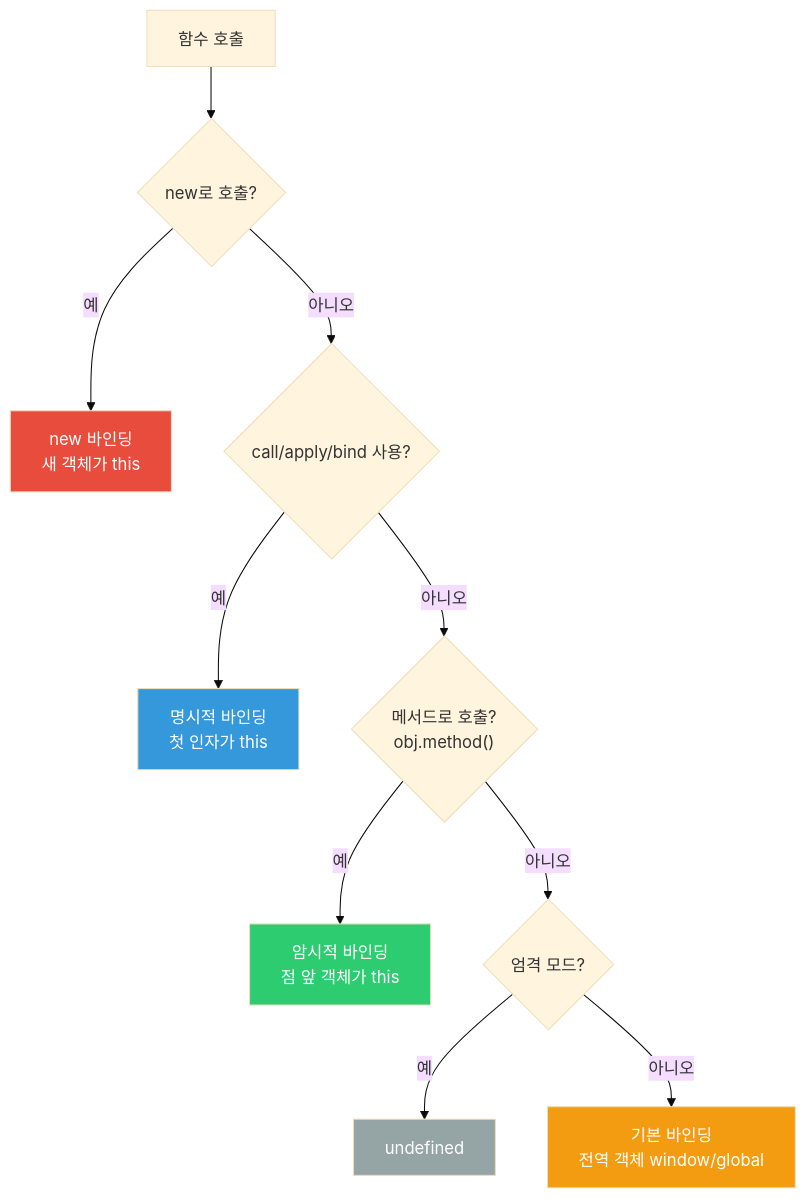
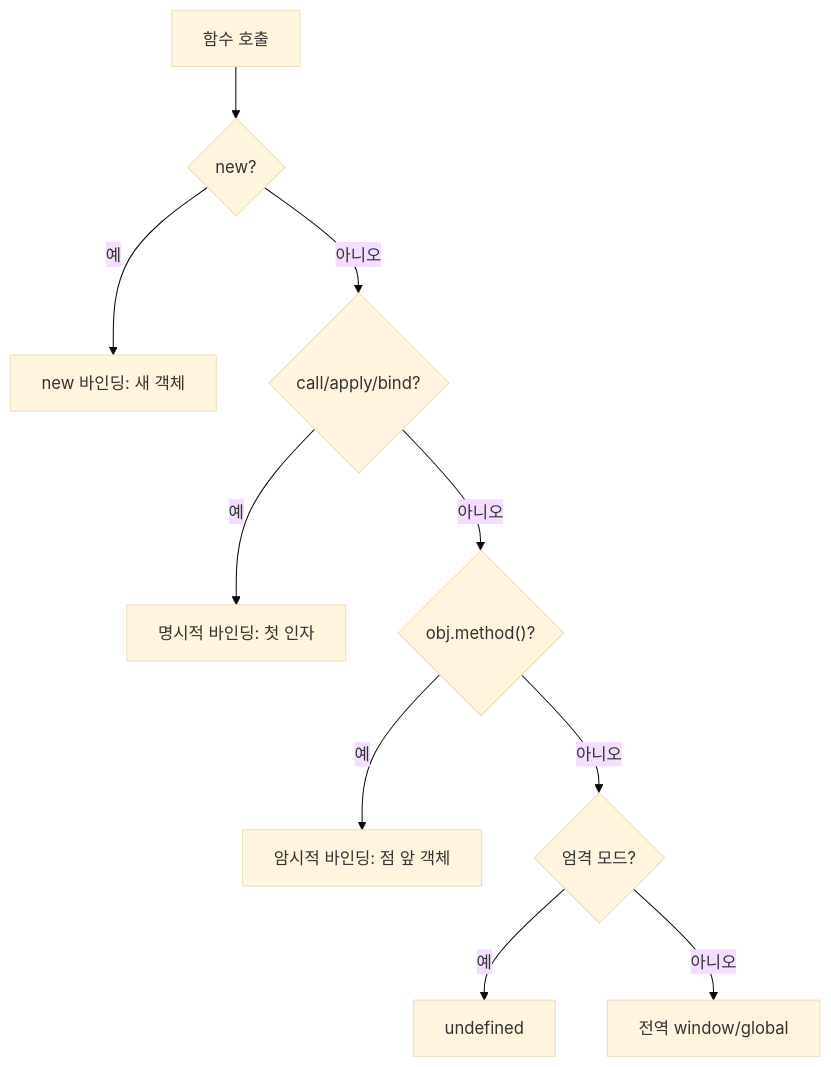
One commit to yjkim2015/yjkim2015.github.io changed the first of 7 diagrams in _posts/frontend/2026-05-02-js-this-binding.md. Above: the diagram before and after it, drawn with Mermaid (base theme). The commit also changed other lines of this file and 215 other files, not shown here.

First line of the commit message:
신규 포스트 10개 추가 + Mermaid 전면 축소 + SystemDesign 시리즈 보강

````diff
--- a/_posts/frontend/2026-05-02-js-this-binding.md
+++ b/_posts/frontend/2026-05-02-js-this-binding.md
@@ -22,18 +22,12 @@
 ```mermaid
 flowchart TD
-    A["함수 호출"] --> B{"new로 호출?"}
-    B -->|"예"| C["new 바인딩<br>새 객체가 this"]
-    B -->|"아니오"| D{"call/apply/bind 사용?"}
-    D -->|"예"| E["명시적 바인딩<br>첫 인자가 this"]
-    D -->|"아니오"| F{"메서드로 호출?<br>obj.method()"}
-    F -->|"예"| G["암시적 바인딩<br>점 앞 객체가 this"]
+    A["함수 호출"] --> B{"new?"}
+    B -->|"예"| C["new 바인딩: 새 객체"]
+    B -->|"아니오"| D{"call/apply/bind?"}
+    D -->|"예"| E["명시적 바인딩: 첫 인자"]
+    D -->|"아니오"| F{"obj.method()?"}
+    F -->|"예"| G["암시적 바인딩: 점 앞 객체"]
     F -->|"아니오"| H{"엄격 모드?"}
     H -->|"예"| I["undefined"]
-    H -->|"아니오"| J["기본 바인딩<br>전역 객체 window/global"]
-
-    style C fill:#e74c3c,color:#fff
-    style E fill:#3498db,color:#fff
-    style G fill:#2ecc71,color:#fff
-    style I fill:#95a5a6,color:#fff
-    style J fill:#f39c12,color:#fff
+    H -->|"아니오"| J["전역 window/global"]
 ```
````
